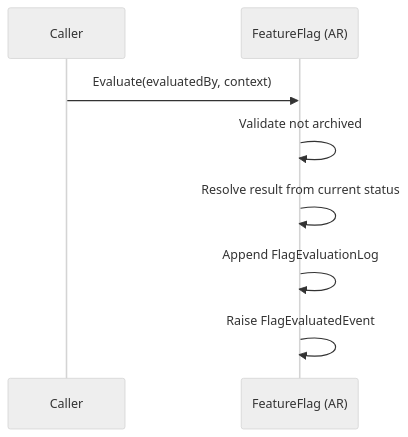
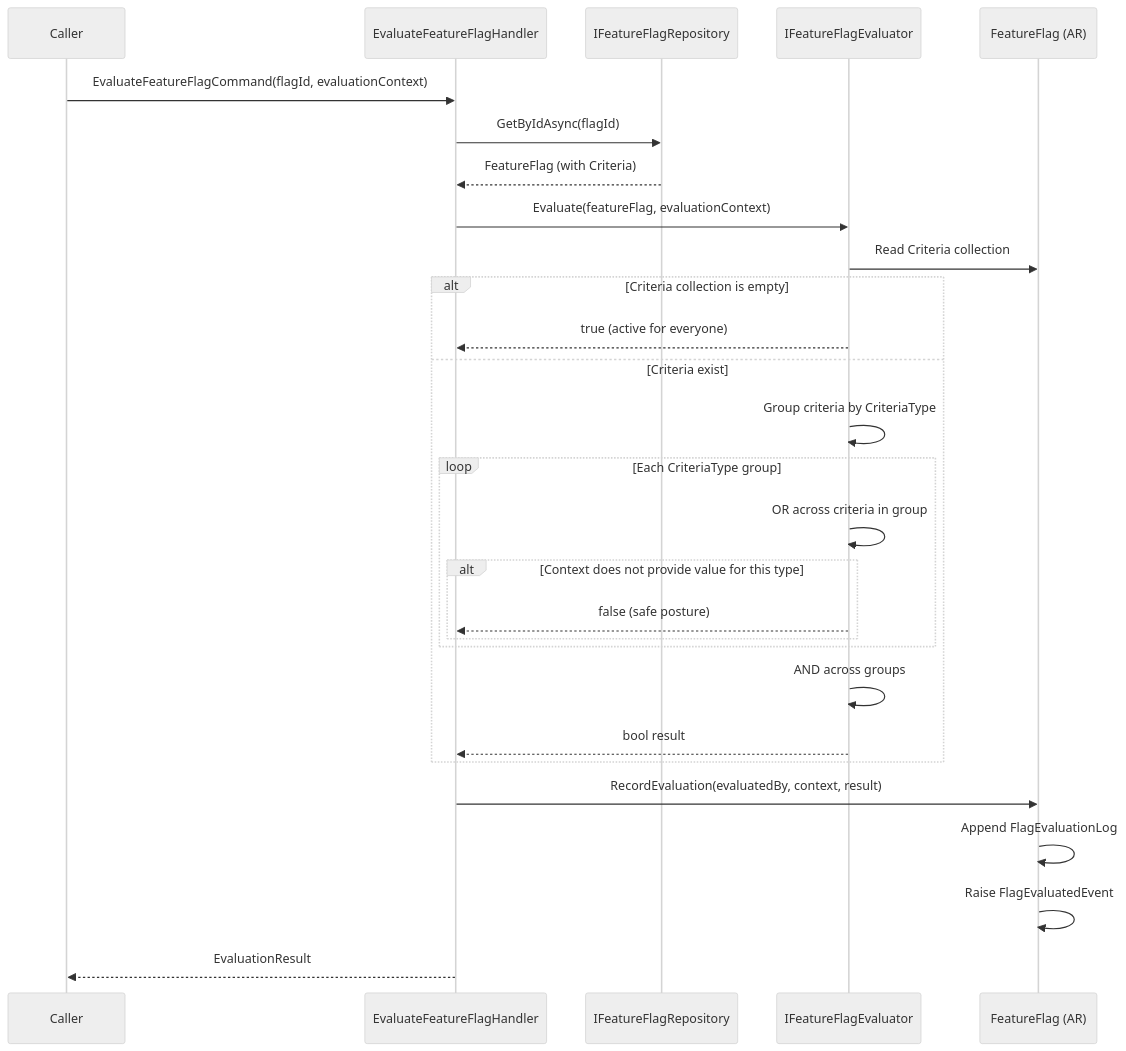
Before and after one commit to beyondnetcode/ums: the third of 4 diagrams in docs/domain/configuration/feature-flag.md, drawn with Mermaid (neutral theme). The commit also changed other lines of this file and 10 other files, not shown here.

````diff
--- a/docs/domain/configuration/feature-flag.md
+++ b/docs/domain/configuration/feature-flag.md
@@ -99,11 +167,31 @@
 ```mermaid
 sequenceDiagram
     participant C as Caller
+    participant H as EvaluateFeatureFlagHandler
+    participant R as IFeatureFlagRepository
+    participant E as IFeatureFlagEvaluator
     participant F as FeatureFlag (AR)
 
-    C->>F: Evaluate(evaluatedBy, context)
-    F->>F: Validate not archived
-    F->>F: Resolve result from current status
+    C->>H: EvaluateFeatureFlagCommand(flagId, evaluationContext)
+    H->>R: GetByIdAsync(flagId)
+    R-->>H: FeatureFlag (with Criteria)
+    H->>E: Evaluate(featureFlag, evaluationContext)
+    E->>F: Read Criteria collection
+    alt Criteria collection is empty
+        E-->>H: true (active for everyone)
+    else Criteria exist
+        E->>E: Group criteria by CriteriaType
+        loop Each CriteriaType group
+            E->>E: OR across criteria in group
+            alt Context does not provide value for this type
+                E-->>H: false (safe posture)
+            end
+        end
+        E->>E: AND across groups
+        E-->>H: bool result
+    end
+    H->>F: RecordEvaluation(evaluatedBy, context, result)
     F->>F: Append FlagEvaluationLog
     F->>F: Raise FlagEvaluatedEvent
+    H-->>C: EvaluationResult
 ```
````
